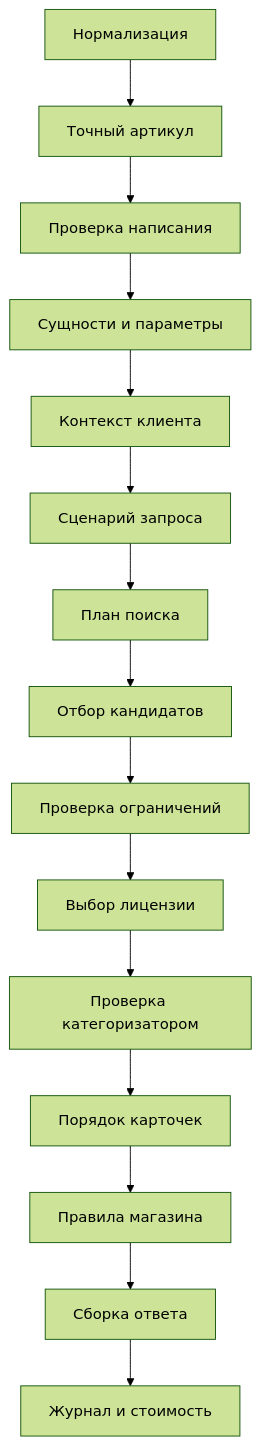
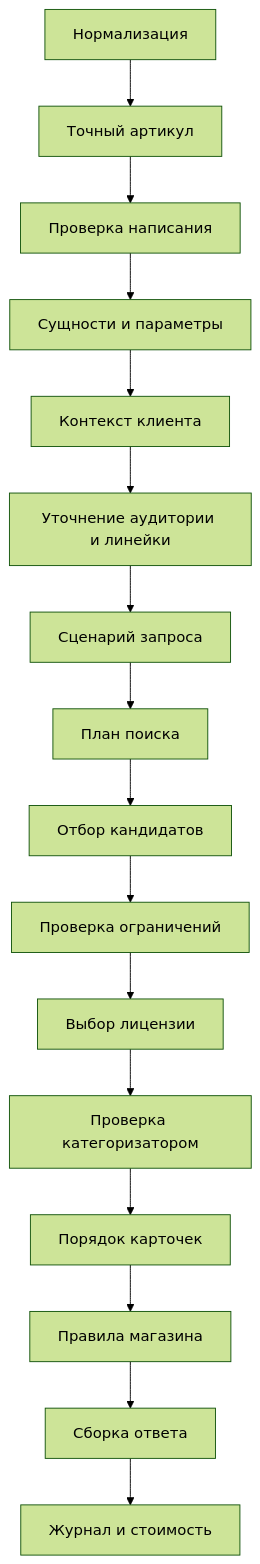
One commit to AiXenix/kuznitsa-softline changed the first of 32 diagrams in docs/FLOWS.md. Above: the diagram before and after it, drawn with Mermaid (forest theme). The commit also changed other lines of this file and 8 other files, not shown here.

Commit message:
F2: пересчёт схем, времени и примеров на коде хода 6; уточнение по смыслу и «нет в продаже» больше не черновики

````diff
--- a/docs/FLOWS.md
+++ b/docs/FLOWS.md
@@ -7,32 +7,34 @@
 ```mermaid
 flowchart TD
     n_normalize["Нормализация"]
     n_sku_lookup["Точный артикул"]
     n_repair["Проверка написания"]
     n_entities["Сущности и параметры"]
     n_context["Контекст клиента"]
+    n_refine["Уточнение аудитории и линейки"]
     n_intent["Сценарий запроса"]
     n_plan["План поиска"]
     n_retrieve["Отбор кандидатов"]
     n_filters["Проверка ограничений"]
     n_variants["Выбор лицензии"]
     n_rerank["Проверка категоризатором"]
     n_business["Порядок карточек"]
     n_merch["Правила магазина"]
     n_compose["Сборка ответа"]
     n_log["Журнал и стоимость"]
     n_normalize --> n_sku_lookup
     n_sku_lookup --> n_repair
     n_repair --> n_entities
     n_entities --> n_context
-    n_context --> n_intent
+    n_context --> n_refine
+    n_refine --> n_intent
     n_intent --> n_plan
     n_plan --> n_retrieve
     n_retrieve --> n_filters
     n_filters --> n_variants
     n_variants --> n_rerank
     n_rerank --> n_business
     n_business --> n_merch
     n_merch --> n_compose
     n_compose --> n_log
 ```
````
